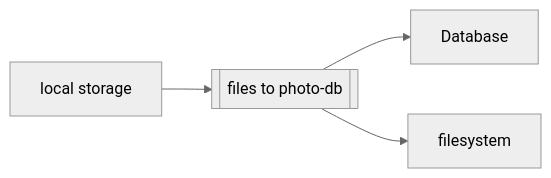
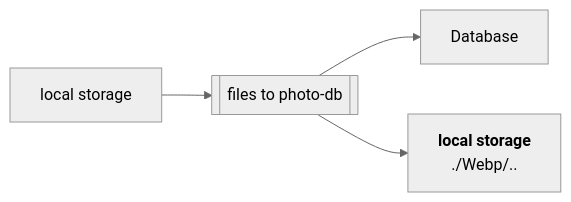
The fifth of 6 diagrams in README.md (Zheng-Bote/qt_files_photo-gallery), drawn with Mermaid (neutral theme) before and after one commit. The commit also changed other lines of this file, not shown here.

Commit message:
upd: Mermaid

````diff
--- a/README.md
+++ b/README.md
@@ -418,6 +418,7 @@
 ```mermaid
 flowchart LR;
   A[local storage] --> B[[files to photo-db]]
   B --> C[Database]
-  B --> D[filesystem]
+  B --> D["`**local storage**
+  ./Webp/..`"]
 ```
````
